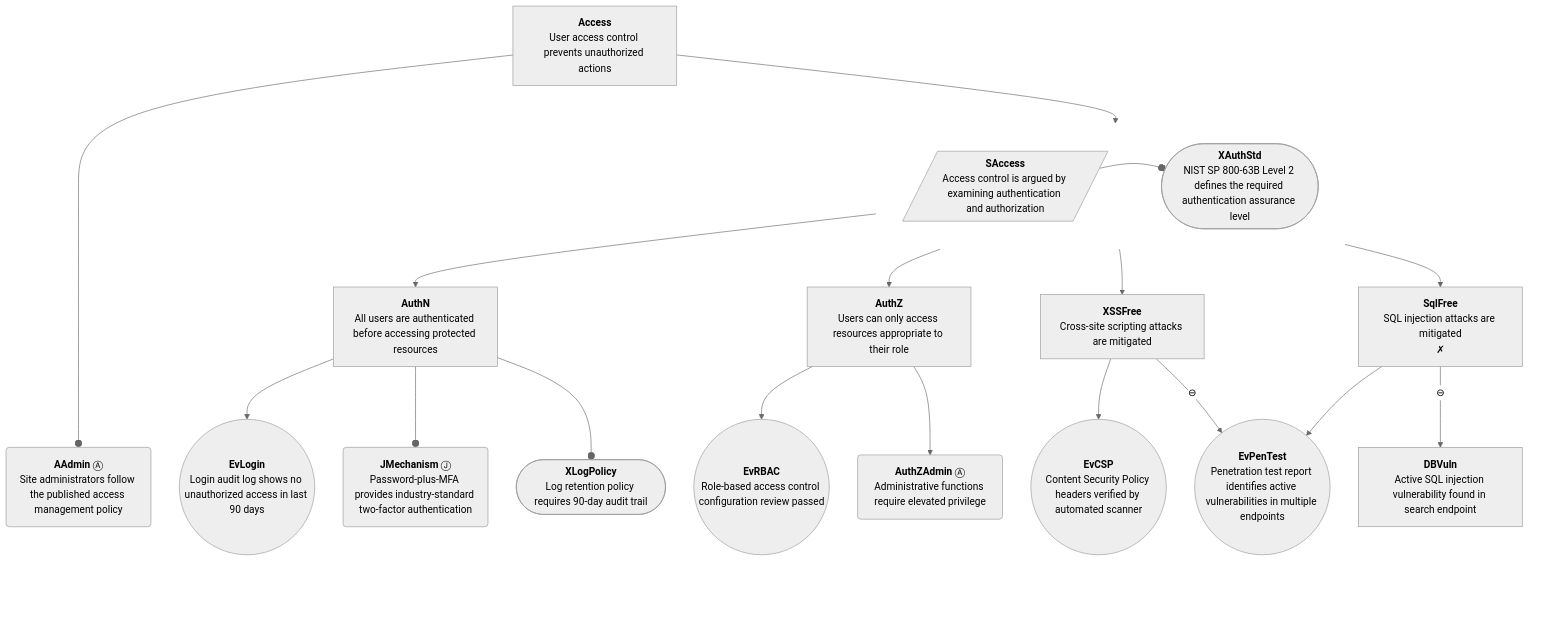
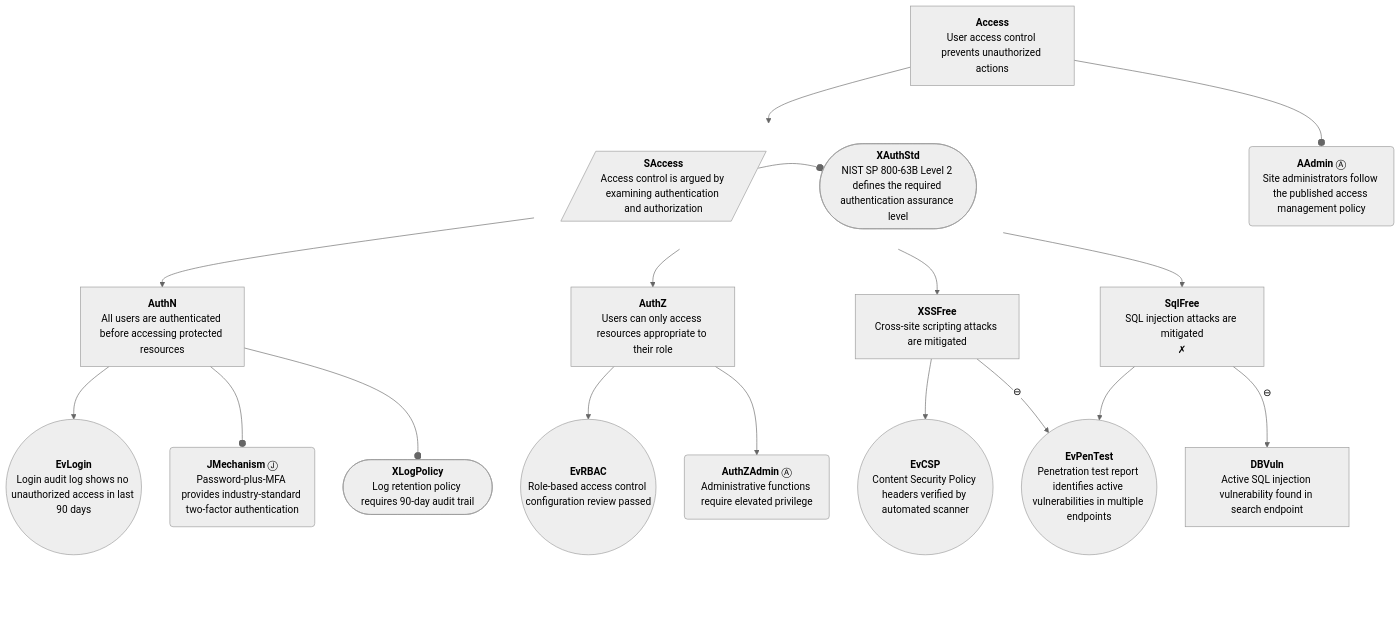
The sixth of 12 diagrams in tests/fixtures/demo-output.expected.md (david-a-wheeler/verocase), drawn with Mermaid before and after one commit. The commit also changed other lines of this file and 8 other files, not shown here.

First line of the commit message:
Fix GSN side-by-side rendering and use per-leaf BottomPadding nodes

````diff
--- a/tests/fixtures/demo-output.expected.md
+++ b/tests/fixtures/demo-output.expected.md
@@ -344,81 +344,79 @@
 ```mermaid
 ---
 config:
   theme: neutral
   flowchart:
     curve: basis
     htmlLabels: true
     rankSpacing: 60
     nodeSpacing: 45
     padding: 15
 ---
 flowchart TD
     classDef invisible opacity:0
     classDef gsnUndev stroke-width:2px,stroke-dasharray: 5 5;
     classDef connector fill:none,stroke:#cccccc,stroke-width:1px;
     Access["<b>Access</b><br>User access control prevents unauthorized actions"]
     AAdmin("<b>AAdmin</b>&nbsp;Ⓐ<br>Site administrators follow the published access management policy")
     SAccess[/"<b>SAccess</b><br>Access control is argued by examining authentication and authorization"/]
     XAuthStd(["<b>XAuthStd</b><br>NIST SP 800-63B Level 2 defines the required authentication assurance level"])
     AuthN["<b>AuthN</b><br>All users are authenticated before accessing protected resources"]
     AuthZ["<b>AuthZ</b><br>Users can only access resources appropriate to their role"]
     XSSFree["<b>XSSFree</b><br>Cross-site scripting attacks are mitigated"]
     SqlFree["<b>SqlFree</b><br>SQL injection attacks are mitigated<br>✗"]
     EvLogin(("<b>EvLogin</b><br>Login audit log shows no unauthorized access in last 90 days"))
     JMechanism("<b>JMechanism</b>&nbsp;Ⓙ<br>Password-plus-MFA provides industry-standard two-factor authentication")
     XLogPolicy(["<b>XLogPolicy</b><br>Log retention policy requires 90-day audit trail"])
     EvRBAC(("<b>EvRBAC</b><br>Role-based access control configuration review passed"))
     AuthZAdmin("<b>AuthZAdmin</b>&nbsp;Ⓐ<br>Administrative functions require elevated privilege")
     EvCSP(("<b>EvCSP</b><br>Content Security Policy headers verified by automated scanner"))
     EvPenTest(("<b>EvPenTest</b><br>Penetration test report identifies active vulnerabilities in multiple endpoints"))
     DBVuln["<b>DBVuln</b><br>Active SQL injection vulnerability found in search endpoint"]
     click Access "https://github.com/david-a-wheeler/verocase/blob/main/tests/fixtures/demo-output.expected.md#claim-access"
     click AAdmin "https://github.com/david-a-wheeler/verocase/blob/main/tests/fixtures/demo-output.expected.md#assumption-aadmin"
     click SAccess "https://github.com/david-a-wheeler/verocase/blob/main/tests/fixtures/demo-output.expected.md#strategy-saccess"
     click XAuthStd "https://github.com/david-a-wheeler/verocase/blob/main/tests/fixtures/demo-output.expected.md#context-xauthstd"
     click AuthN "https://github.com/david-a-wheeler/verocase/blob/main/tests/fixtures/demo-output.expected.md#claim-authn"
     click AuthZ "https://github.com/david-a-wheeler/verocase/blob/main/tests/fixtures/demo-output.expected.md#claim-authz"
     click XSSFree "https://github.com/david-a-wheeler/verocase/blob/main/tests/fixtures/demo-output.expected.md#claim-xssfree"
     click SqlFree "https://github.com/david-a-wheeler/verocase/blob/main/tests/fixtures/demo-output.expected.md#claim-sqlfree"
     click EvLogin "https://github.com/david-a-wheeler/verocase/blob/main/tests/fixtures/demo-output.expected.md#evidence-evlogin"
     click JMechanism "https://github.com/david-a-wheeler/verocase/blob/main/tests/fixtures/demo-output.expected.md#justification-jmechanism"
     click XLogPolicy "https://github.com/david-a-wheeler/verocase/blob/main/tests/fixtures/demo-output.expected.md#context-xlogpolicy"
     click EvRBAC "https://github.com/david-a-wheeler/verocase/blob/main/tests/fixtures/demo-output.expected.md#evidence-evrbac"
     click AuthZAdmin "https://github.com/david-a-wheeler/verocase/blob/main/tests/fixtures/demo-output.expected.md#claim-authzadmin"
     click EvCSP "https://github.com/david-a-wheeler/verocase/blob/main/tests/fixtures/demo-output.expected.md#evidence-evcsp"
     click EvPenTest "https://github.com/david-a-wheeler/verocase/blob/main/tests/fixtures/demo-output.expected.md#evidence-evpentest"
     click DBVuln "https://github.com/david-a-wheeler/verocase/blob/main/tests/fixtures/demo-output.expected.md#claim-dbvuln"
 
     subgraph SgCJ1 [ ]
         direction LR
         XAuthStd ~~~ SAccess
+        SAccess --o XAuthStd
     end
     style SgCJ1 fill:none,stroke:none
-    Access ~~~ XAuthStd
     Access --o AAdmin
     Access --> SAccess
-    SAccess --o XAuthStd
     SAccess --> AuthN
     AuthN --> EvLogin
     AuthN --o JMechanism
     AuthN --o XLogPolicy
     SAccess --> AuthZ
     AuthZ --> EvRBAC
     AuthZ --> AuthZAdmin
     SAccess --> XSSFree
     XSSFree --> EvCSP
     XSSFree -->|⊖| EvPenTest
     SAccess --> SqlFree
     SqlFree --> EvPenTest
     SqlFree -->|⊖| DBVuln
-    AAdmin ~~~ BottomPadding[ ]:::invisible
-    XAuthStd ~~~ BottomPadding
-    EvLogin ~~~ BottomPadding
-    JMechanism ~~~ BottomPadding
-    XLogPolicy ~~~ BottomPadding
-    EvRBAC ~~~ BottomPadding
-    AuthZAdmin ~~~ BottomPadding
-    EvCSP ~~~ BottomPadding
-    EvPenTest ~~~ BottomPadding
-    DBVuln ~~~ BottomPadding
+    AAdmin ~~~ BottomPadding1[ ]:::invisible
+    EvLogin ~~~ BottomPadding2[ ]:::invisible
+    JMechanism ~~~ BottomPadding3[ ]:::invisible
+    XLogPolicy ~~~ BottomPadding4[ ]:::invisible
+    EvRBAC ~~~ BottomPadding5[ ]:::invisible
+    AuthZAdmin ~~~ BottomPadding6[ ]:::invisible
+    EvCSP ~~~ BottomPadding7[ ]:::invisible
+    EvPenTest ~~~ BottomPadding8[ ]:::invisible
+    DBVuln ~~~ BottomPadding9[ ]:::invisible
 ```
````
